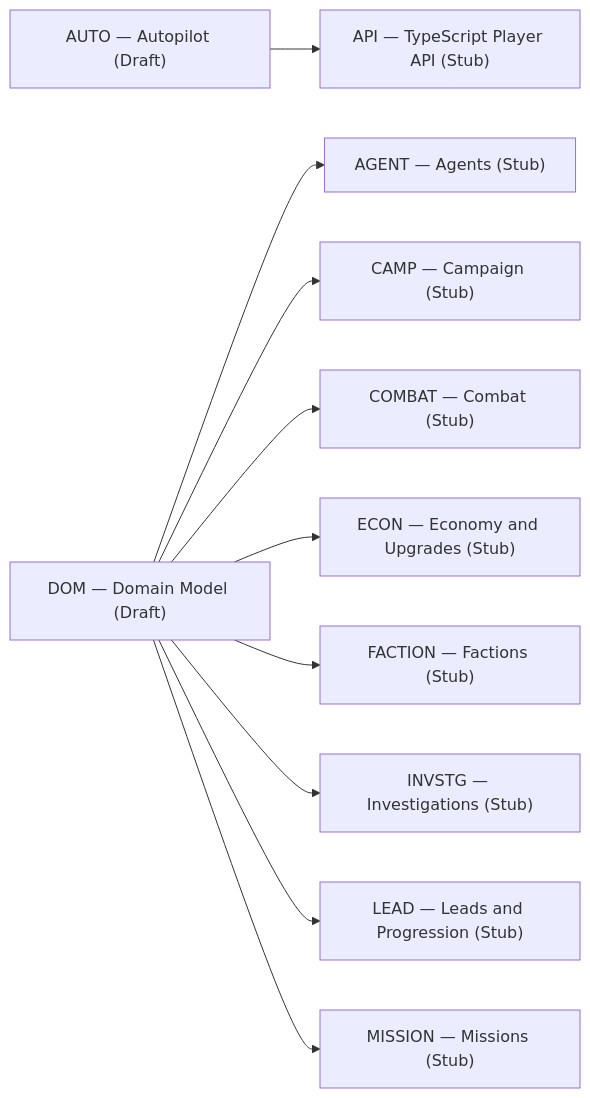
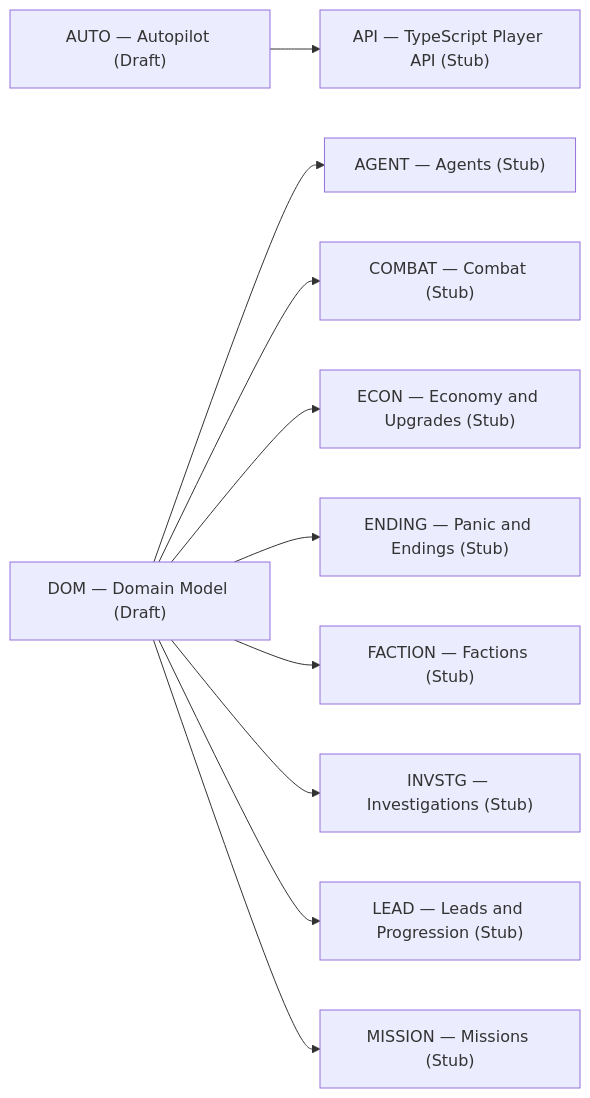
The first of 2 diagrams in docs/derived/relationships/refines.md (konrad-jamrozik/game-v5), drawn with Mermaid before and after one commit. The commit also changed 34 other files, not shown here.

````diff
--- a/docs/derived/relationships/refines.md
+++ b/docs/derived/relationships/refines.md
@@ -13,23 +13,23 @@
 ```mermaid
 flowchart LR
   AGENT["AGENT — Agents (Stub)"]
   API["API — TypeScript Player API (Stub)"]
   AUTO["AUTO — Autopilot (Draft)"]
-  CAMP["CAMP — Campaign (Stub)"]
   COMBAT["COMBAT — Combat (Stub)"]
   DOM["DOM — Domain Model (Draft)"]
   ECON["ECON — Economy and Upgrades (Stub)"]
+  ENDING["ENDING — Panic and Endings (Stub)"]
   FACTION["FACTION — Factions (Stub)"]
   INVSTG["INVSTG — Investigations (Stub)"]
   LEAD["LEAD — Leads and Progression (Stub)"]
   MISSION["MISSION — Missions (Stub)"]
   AUTO --> API
   DOM --> AGENT
-  DOM --> CAMP
   DOM --> COMBAT
   DOM --> ECON
+  DOM --> ENDING
   DOM --> FACTION
   DOM --> INVSTG
   DOM --> LEAD
   DOM --> MISSION
 ```
````
